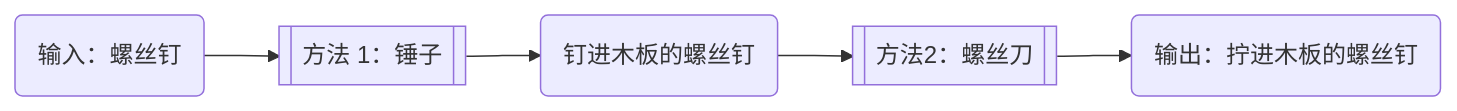
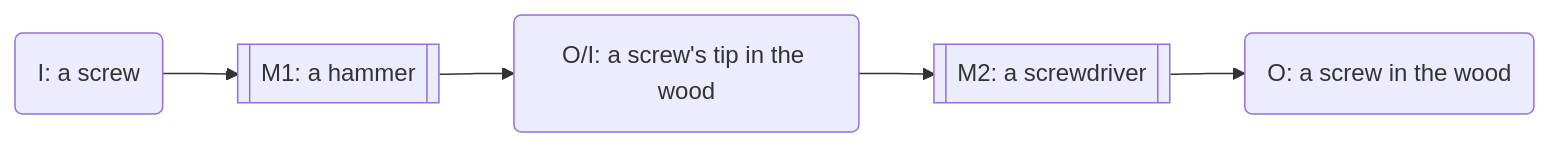
One commit to Dreamwalkor/little-book-of-ai changed the fourth of 5 diagrams in en/04.md. Above: the diagram before and after it, drawn with Mermaid. The commit also changed other lines of this file and 27 other files, not shown here.

````diff
--- a/en/04.md
+++ b/en/04.md
@@ -60,4 +58,4 @@
 ```mermaid
 flowchart LR
-input(输入：螺丝钉) --> method1[[方法 1：锤子]] --> output1(钉进木板的螺丝钉) --> method2[[方法2：螺丝刀]] --> output2(输出：拧进木板的螺丝钉)
+input(I: a screw) --> method1[[M1: a hammer]] --> output1(O/I: a screw's tip in the wood) --> method2[[M2: a screwdriver]] --> output2(O: a screw in the wood)
 ```
````
